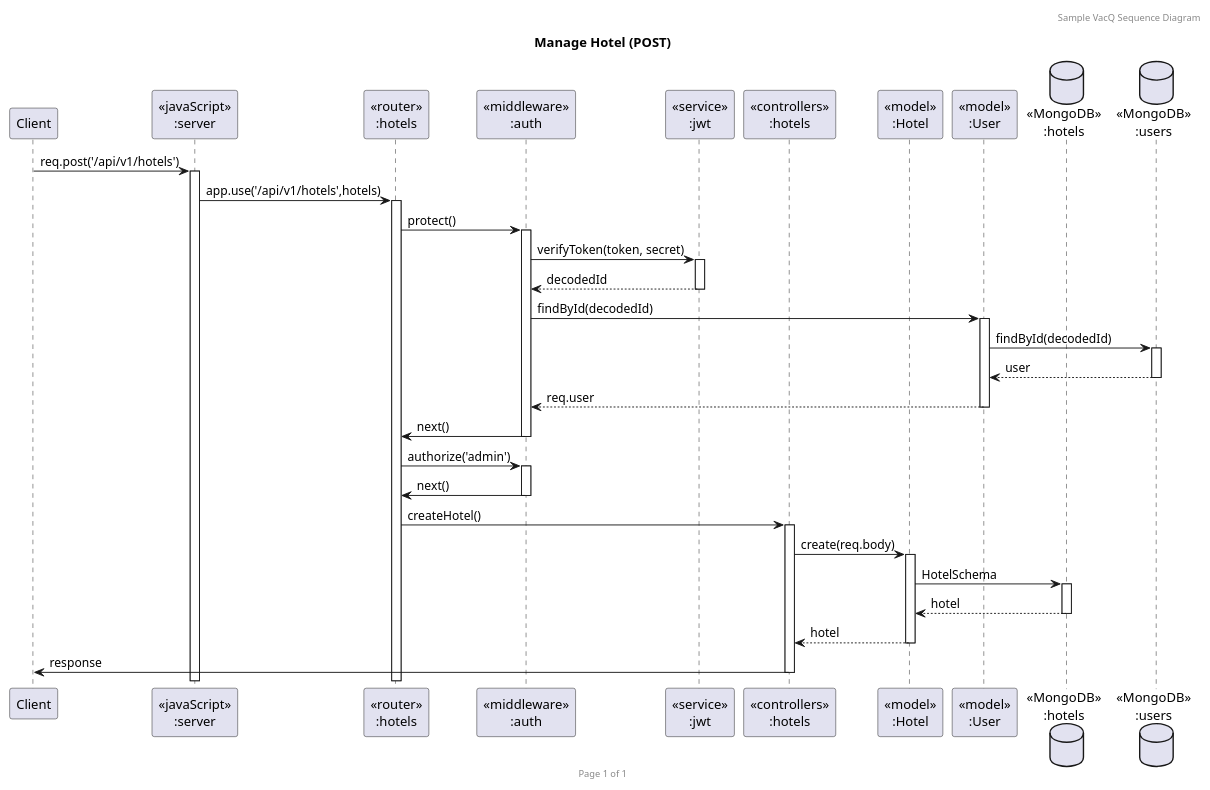
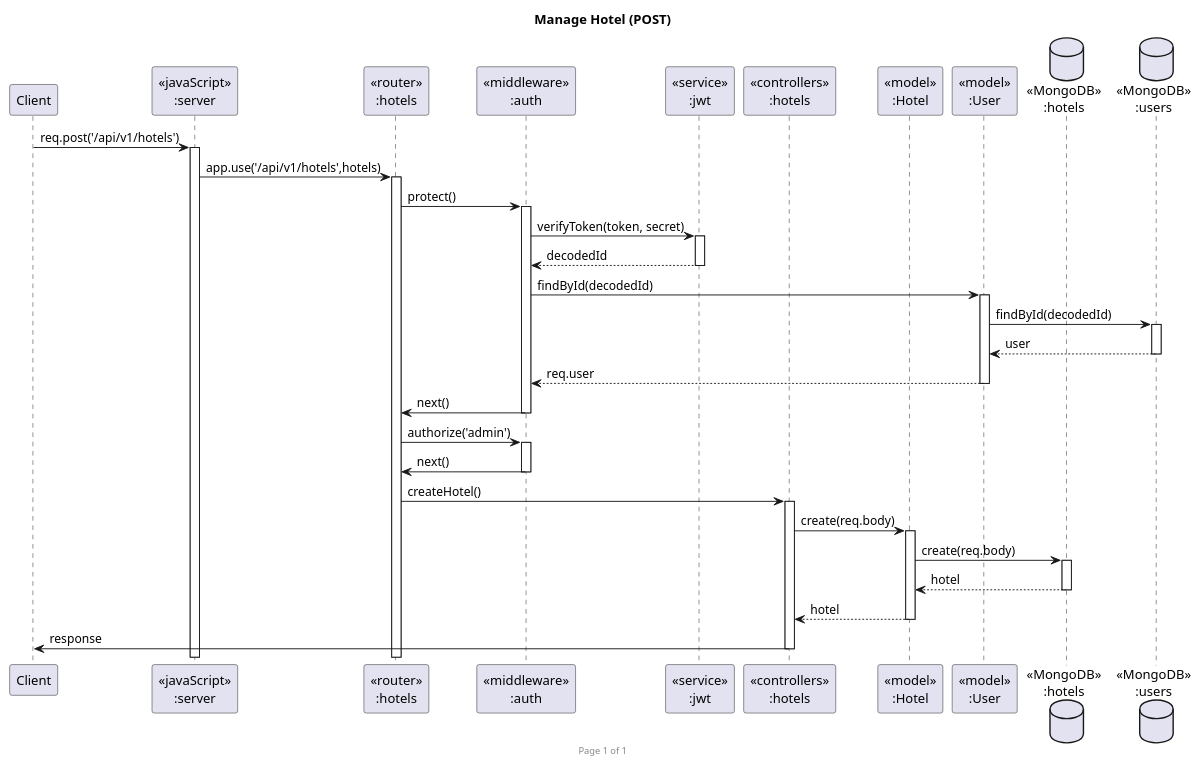
One commit to n0n7/SWDev_Final changed the diagram in diagram/sequence/hotels/hotelPOST/hotelPOST.puml. Above: the diagram before and after it, drawn with PlantUML. The commit also changed 16 other files, not shown here.

Commit message:
update auth sequence diagram

```diff
--- a/diagram/sequence/hotels/hotelPOST/hotelPOST.puml
+++ b/diagram/sequence/hotels/hotelPOST/hotelPOST.puml
@@ -1,41 +1,40 @@
 @startuml Manage Hotel (POST)
 
-header Sample VacQ Sequence Diagram
 footer Page %page% of %lastpage%
 title "Manage Hotel (POST)"
 
 participant "Client" as client
 participant "<<javaScript>>\n:server" as server
 participant "<<router>>\n:hotels" as routerHotels
 participant "<<middleware>>\n:auth" as authMiddleware
 participant "<<service>>\n:jwt" as jwtService
 participant "<<controllers>>\n:hotels" as controllersHotels
 participant "<<model>>\n:Hotel" as modelHotel
 participant "<<model>>\n:User" as modelUser
 database "<<MongoDB>>\n:hotels" as HotelsDatabase
 database "<<MongoDB>>\n:users" as UsersDatabase
 
 client->server ++:req.post('/api/v1/hotels')
 server->routerHotels ++:app.use('/api/v1/hotels',hotels)
 
 
 routerHotels -> authMiddleware ++:protect()
 authMiddleware -> jwtService ++:verifyToken(token, secret)
 authMiddleware <-- jwtService --: decodedId
 
 authMiddleware -> modelUser ++: findById(decodedId)
 modelUser -> UsersDatabase ++: findById(decodedId)
 modelUser <-- UsersDatabase --: user
 authMiddleware <-- modelUser --: req.user
 authMiddleware -> routerHotels --: next()
 routerHotels -> authMiddleware ++: authorize('admin')
 authMiddleware -> routerHotels --: next()
 
 routerHotels -> controllersHotels ++:createHotel()
 controllersHotels->modelHotel ++:create(req.body)
-modelHotel ->HotelsDatabase ++: HotelSchema
+modelHotel ->HotelsDatabase ++: create(req.body)
 HotelsDatabase --> modelHotel --: hotel
 controllersHotels <-- modelHotel --:hotel
 controllersHotels->client --:response
 
 @enduml
```
